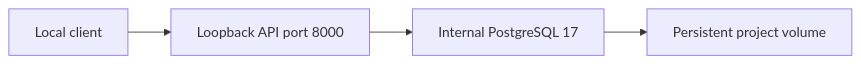
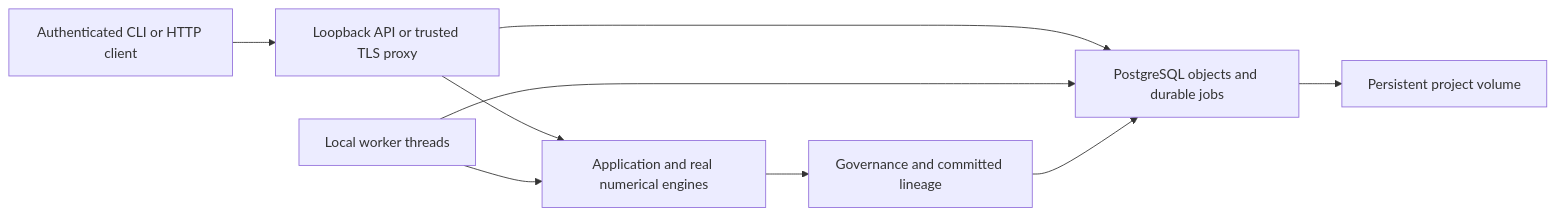
Before and after one commit to vaibhav7506/parallax-risk: the diagram in docs/architecture/DEPLOYMENT.md, drawn with Mermaid. The commit also changed other lines of this file and 7 other files, not shown here.

Commit message:
docs: map service architecture and workflows

````diff
--- a/docs/architecture/DEPLOYMENT.md
+++ b/docs/architecture/DEPLOYMENT.md
@@ -8,6 +8,11 @@
 ```mermaid
 flowchart LR
-    HOST[Local client] --> API[Loopback API port 8000]
-    API --> DB[Internal PostgreSQL 17]
+    CLI[Authenticated CLI or HTTP client] --> API[Loopback API or trusted TLS proxy]
+    API --> APP[Application and real numerical engines]
+    WORKER[Local worker threads] --> APP
+    API --> DB[PostgreSQL objects and durable jobs]
+    WORKER --> DB
+    APP --> GOV[Governance and committed lineage]
+    GOV --> DB
     DB --> VOL[Persistent project volume]
 ```
````
